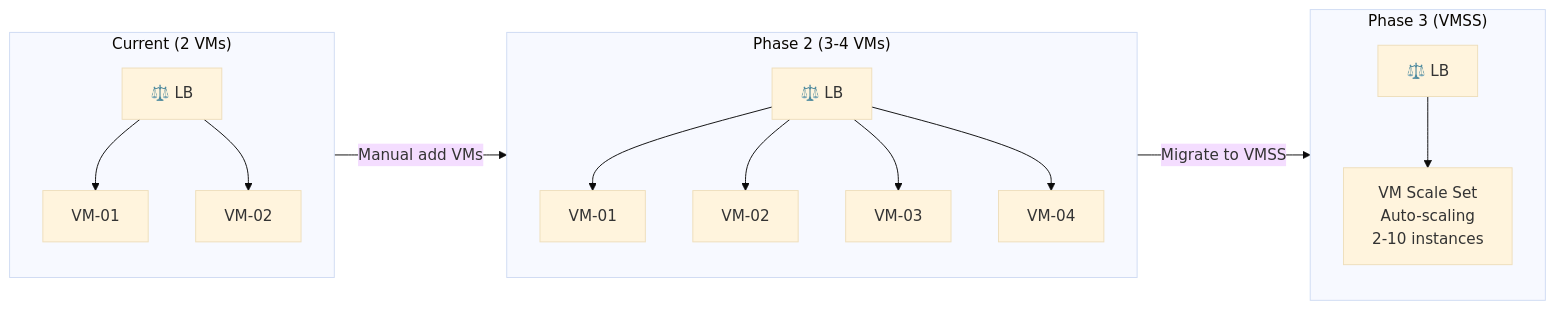
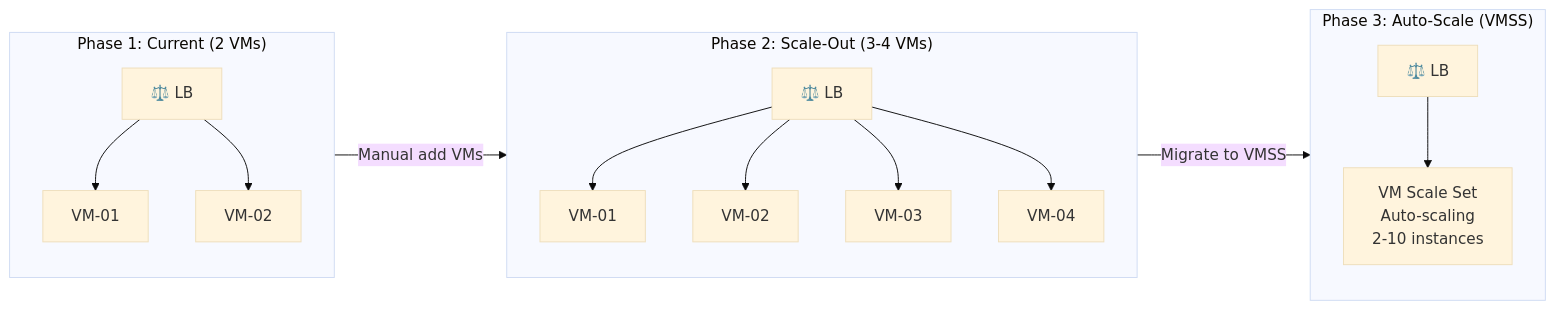
Before and after one commit to adamyudhistiramuhtar-byte/SistrackV2: the fifth of 5 diagrams in docs/cloud-infrastructure/Infrastructure.md, drawn with Mermaid (base theme). The commit also changed other lines of this file and 15 other files, not shown here.

Commit message:
docs: overhaul project documentation with comprehensive cloud architecture guides and professionalize README content

````diff
--- a/docs/cloud-infrastructure/Infrastructure.md
+++ b/docs/cloud-infrastructure/Infrastructure.md
@@ -435,21 +554,21 @@
 ```mermaid
 graph LR
-    subgraph Current ["Current (2 VMs)"]
+    subgraph Current ["Phase 1: Current (2 VMs)"]
         LB1["⚖️ LB"] --> VM1["VM-01"]
         LB1 --> VM2["VM-02"]
     end
     
-    subgraph Phase2 ["Phase 2 (3-4 VMs)"]
+    subgraph Phase2 ["Phase 2: Scale-Out (3-4 VMs)"]
         LB2["⚖️ LB"] --> VM3["VM-01"]
         LB2 --> VM4["VM-02"]
         LB2 --> VM5["VM-03"]
         LB2 --> VM6["VM-04"]
     end
     
-    subgraph Phase3 ["Phase 3 (VMSS)"]
+    subgraph Phase3 ["Phase 3: Auto-Scale (VMSS)"]
         LB3["⚖️ LB"] --> VMSS["VM Scale Set<br/>Auto-scaling<br/>2-10 instances"]
     end
     
     Current -->|"Manual add VMs"| Phase2
     Phase2 -->|"Migrate to VMSS"| Phase3
 ```
````
